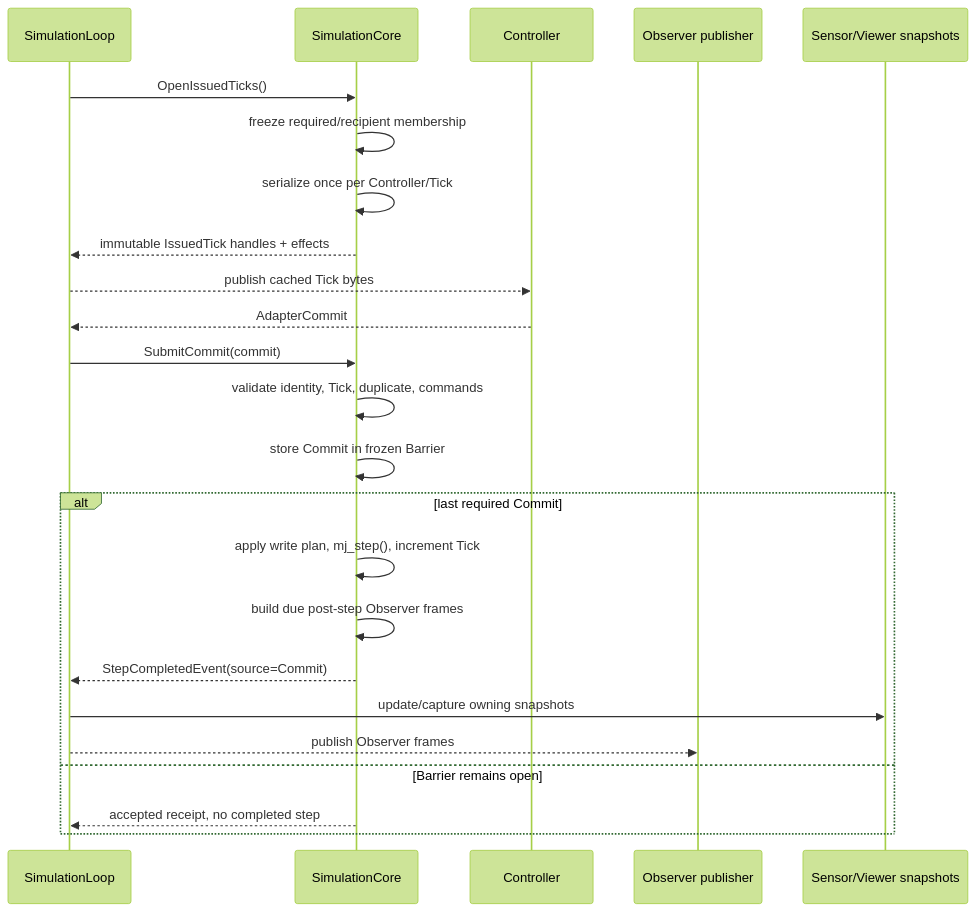
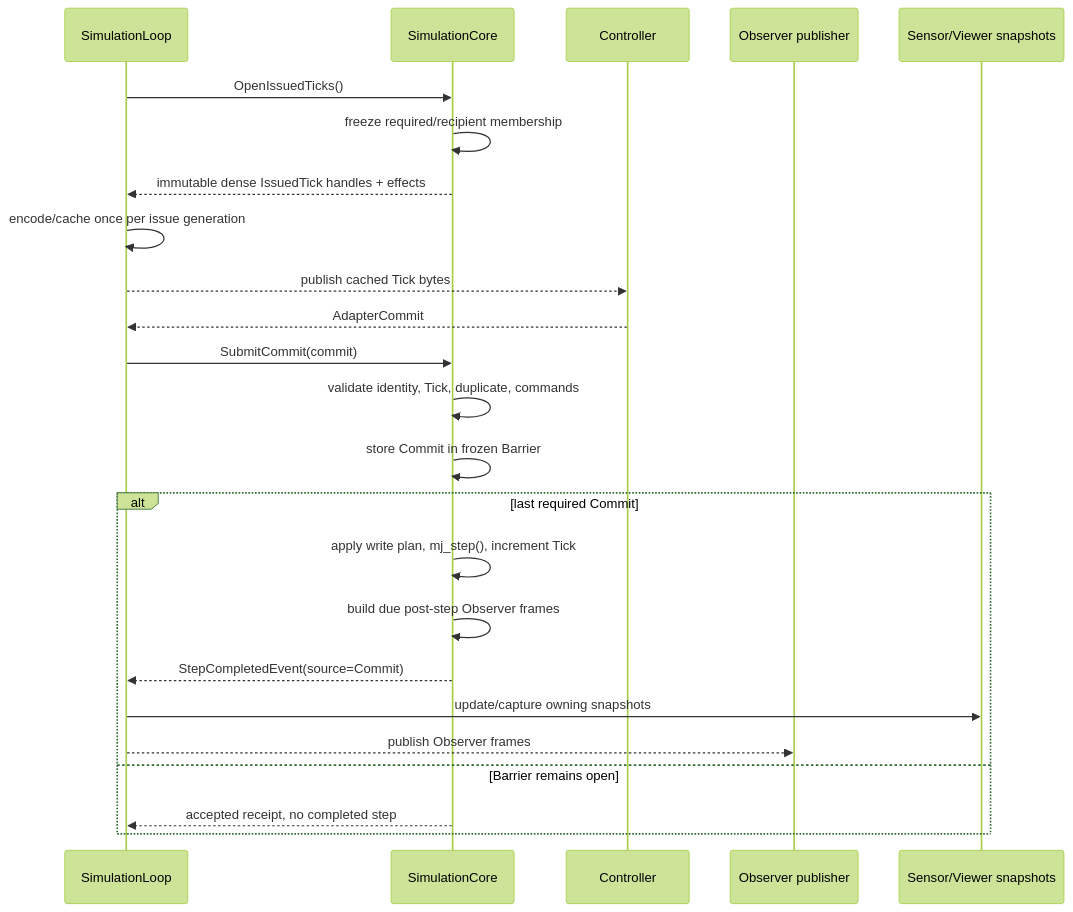
The first of 2 diagrams in doc/architecture/tick_commit_sequence.md (Demonmasterlqx/mujoco_sim_core), drawn with Mermaid (forest theme) before and after one commit. The commit also changed other lines of this file and 169 other files, not shown here.

````diff
--- a/doc/architecture/tick_commit_sequence.md
+++ b/doc/architecture/tick_commit_sequence.md
@@ -9,27 +9,27 @@
 ```mermaid
 sequenceDiagram
   participant L as SimulationLoop
   participant C as SimulationCore
   participant A as Controller
   participant O as Observer publisher
   participant S as Sensor/Viewer snapshots
 
   L->>C: OpenIssuedTicks()
   C->>C: freeze required/recipient membership
-  C->>C: serialize once per Controller/Tick
-  C-->>L: immutable IssuedTick handles + effects
+  C-->>L: immutable dense IssuedTick handles + effects
+  L->>L: encode/cache once per issue generation
   L-->>A: publish cached Tick bytes
   A-->>L: AdapterCommit
   L->>C: SubmitCommit(commit)
   C->>C: validate identity, Tick, duplicate, commands
   C->>C: store Commit in frozen Barrier
   alt last required Commit
     C->>C: apply write plan, mj_step(), increment Tick
     C->>C: build due post-step Observer frames
     C-->>L: StepCompletedEvent(source=Commit)
     L->>S: update/capture owning snapshots
     L-->>O: publish Observer frames
   else Barrier remains open
     C-->>L: accepted receipt, no completed step
   end
 ```
````
